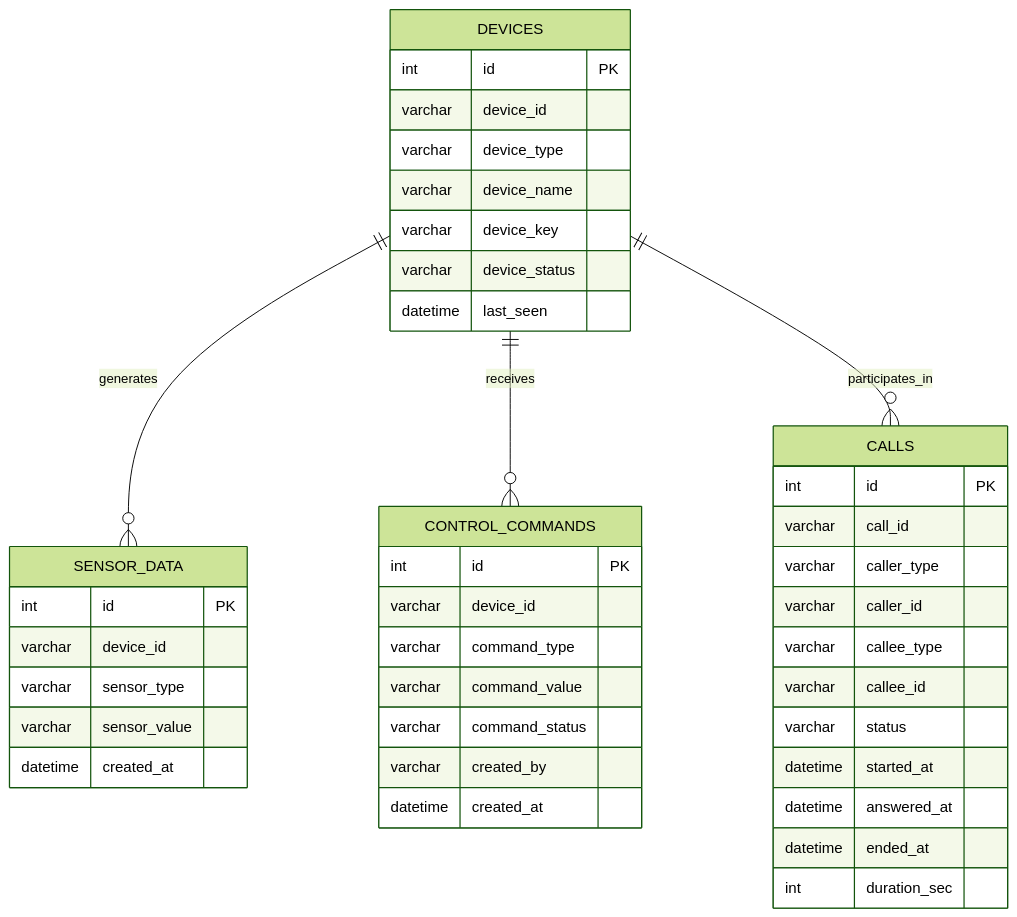
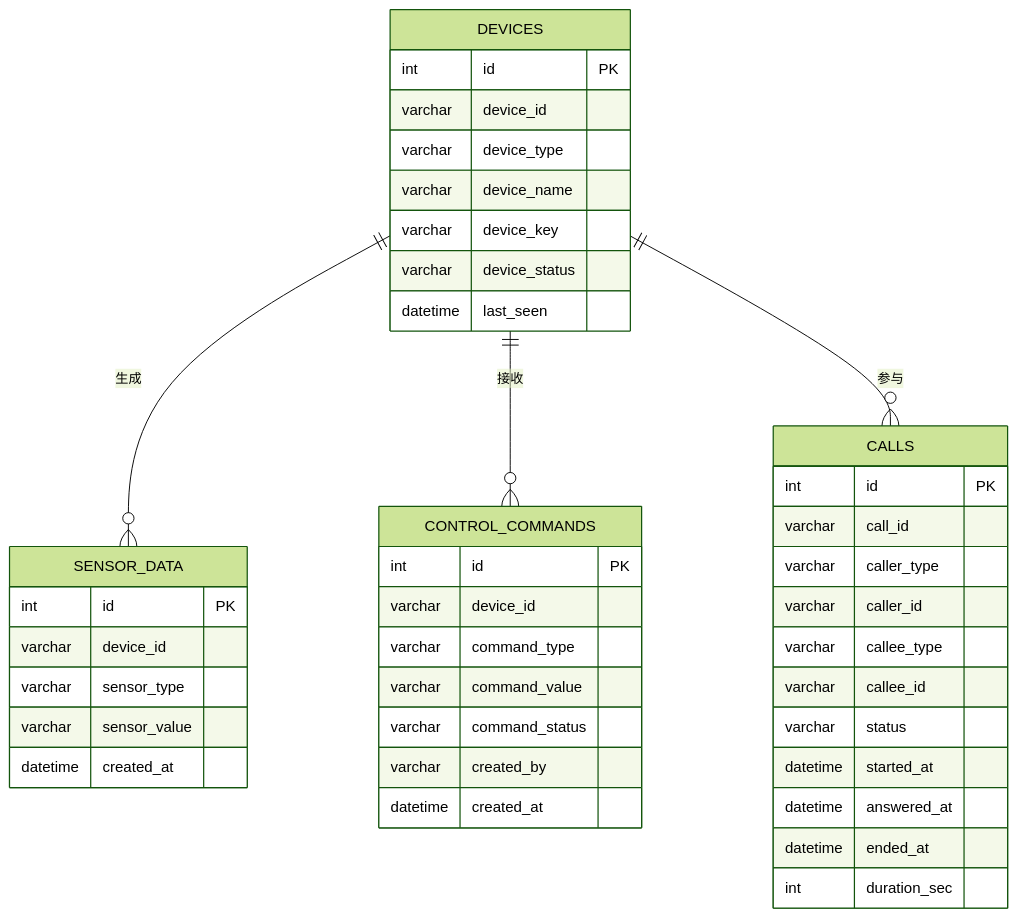
One commit to choisaaaaa/IoT_Smart_Hotel_System changed the sixth of 12 diagrams in docs/database_er_diagram.md. Above: the diagram before and after it, drawn with Mermaid (forest theme). The commit also changed other lines of this file, not shown here.

Commit message:
docs(database): 更新数据库ER图中关系描述为中文

````diff
--- a/docs/database_er_diagram.md
+++ b/docs/database_er_diagram.md
@@ -335,44 +294,44 @@
 ```mermaid
 erDiagram
     DEVICES {
         int id PK
         varchar device_id
         varchar device_type
         varchar device_name
         varchar device_key
         varchar device_status
         datetime last_seen
     }
     SENSOR_DATA {
         int id PK
         varchar device_id
         varchar sensor_type
         varchar sensor_value
         datetime created_at
     }
     CONTROL_COMMANDS {
         int id PK
         varchar device_id
         varchar command_type
         varchar command_value
         varchar command_status
         varchar created_by
         datetime created_at
     }
     CALLS {
         int id PK
         varchar call_id
         varchar caller_type
         varchar caller_id
         varchar callee_type
         varchar callee_id
         varchar status
         datetime started_at
         datetime answered_at
         datetime ended_at
         int duration_sec
     }
-    DEVICES ||--o{ SENSOR_DATA : generates
-    DEVICES ||--o{ CONTROL_COMMANDS : receives
-    DEVICES ||--o{ CALLS : participates_in
+    DEVICES ||--o{ SENSOR_DATA : "生成"
+    DEVICES ||--o{ CONTROL_COMMANDS : "接收"
+    DEVICES ||--o{ CALLS : "参与"
 ```
````
